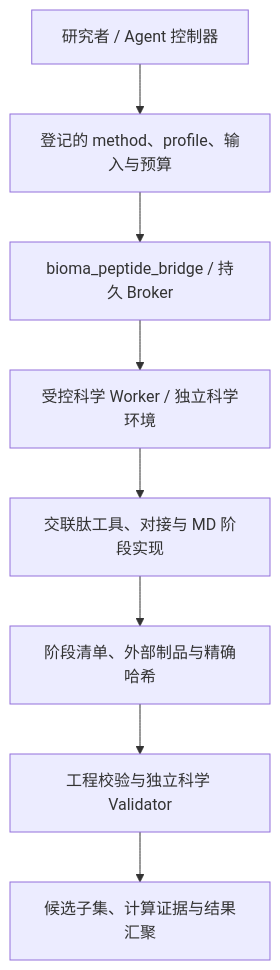
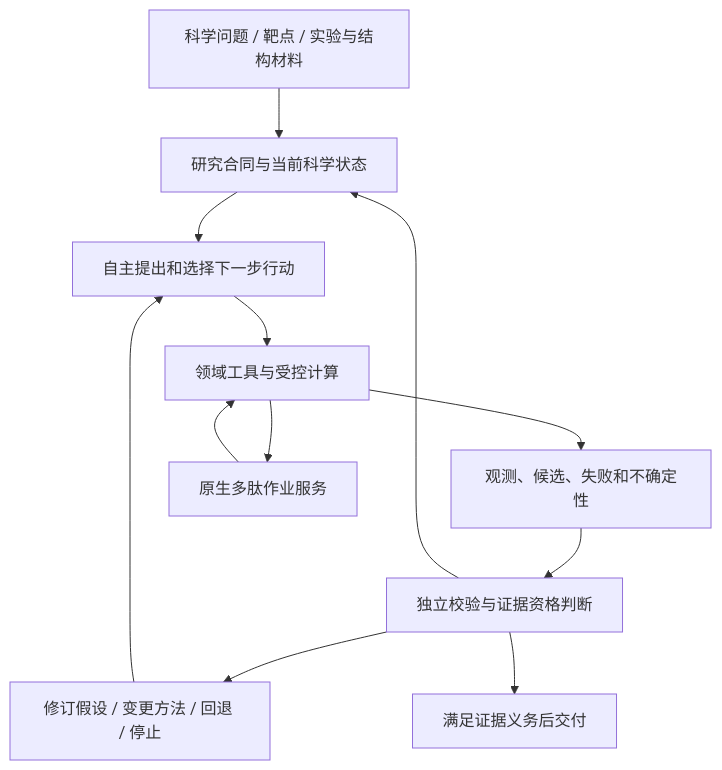
The diagram in README_zh.md (YuyangSunshine/bioma-peptide), drawn with Mermaid before and after one commit. The commit also changed other lines of this file and 36 other files, not shown here.

````diff
--- a/README_zh.md
+++ b/README_zh.md
@@ -32,10 +45,14 @@
 ```mermaid
 flowchart TD
-    A[研究者 / Agent 控制器] --> B[登记的 method、profile、输入与预算]
-    B --> C[bioma_peptide_bridge / 持久 Broker]
-    C --> D[受控科学 Worker / 独立科学环境]
-    D --> E[交联肽工具、对接与 MD 阶段实现]
-    E --> F[阶段清单、外部制品与精确哈希]
-    F --> G[工程校验与独立科学 Validator]
-    G --> H[候选子集、计算证据与结果汇聚]
+    Q[科学问题 / 靶点 / 实验与结构材料] --> S[研究合同与当前科学状态]
+    S --> A[自主提出和选择下一步行动]
+    A --> T[领域工具与受控计算]
+    T --> E[观测、候选、失败和不确定性]
+    E --> V[独立校验与证据资格判断]
+    V --> S
+    V --> R[修订假设 / 变更方法 / 回退 / 停止]
+    R --> A
+    V --> D[满足证据义务后交付]
+    T --> J[原生多肽作业服务]
+    J --> T
 ```
````
